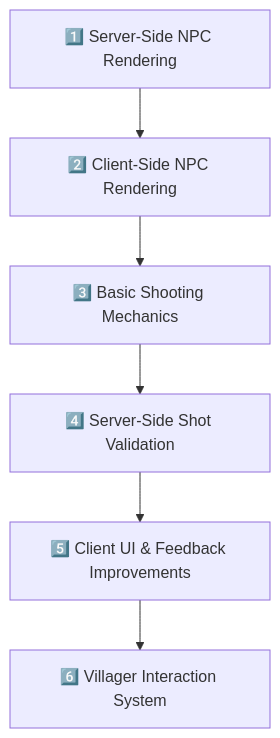
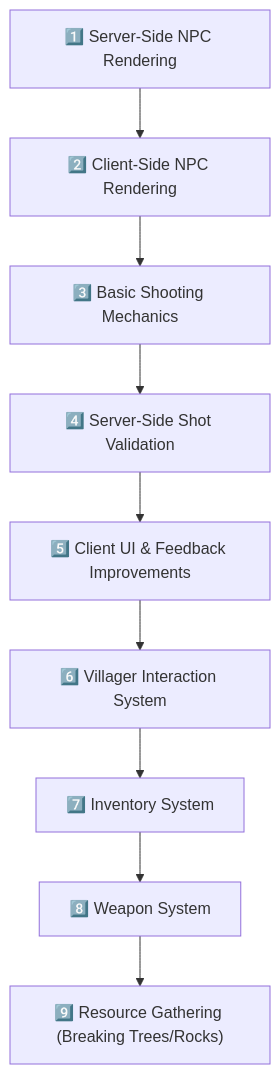
The diagram in tasks.md (AryanRogye/GameEngine), drawn with Mermaid before and after one commit. The commit also changed other lines of this file and 7 other files, not shown here.

Commit message:
we made good progress now we have an efficient way of getting what block we are on or standing on the block proximity of the breakable isnt that good i dont get why but we can figure that out in a bit

````diff
--- a/tasks.md
+++ b/tasks.md
@@ -65,8 +95,11 @@
 ```mermaid
 graph TD;
     A["1️⃣ Server-Side NPC Rendering"] --> B["2️⃣ Client-Side NPC Rendering"];
     B --> C["3️⃣ Basic Shooting Mechanics"];
     C --> D["4️⃣ Server-Side Shot Validation"];
     D --> E["5️⃣ Client UI & Feedback Improvements"];
     E --> F["6️⃣ Villager Interaction System"];
+    F --> G["7️⃣ Inventory System"];
+    G --> H["8️⃣ Weapon System"];
+    H --> I["9️⃣ Resource Gathering (Breaking Trees/Rocks)"];
 ```
````
